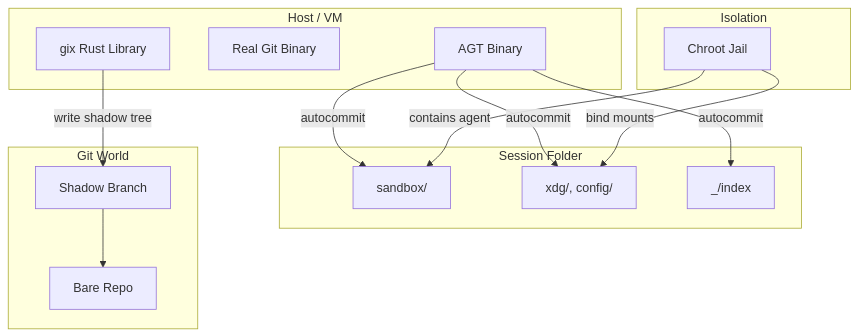
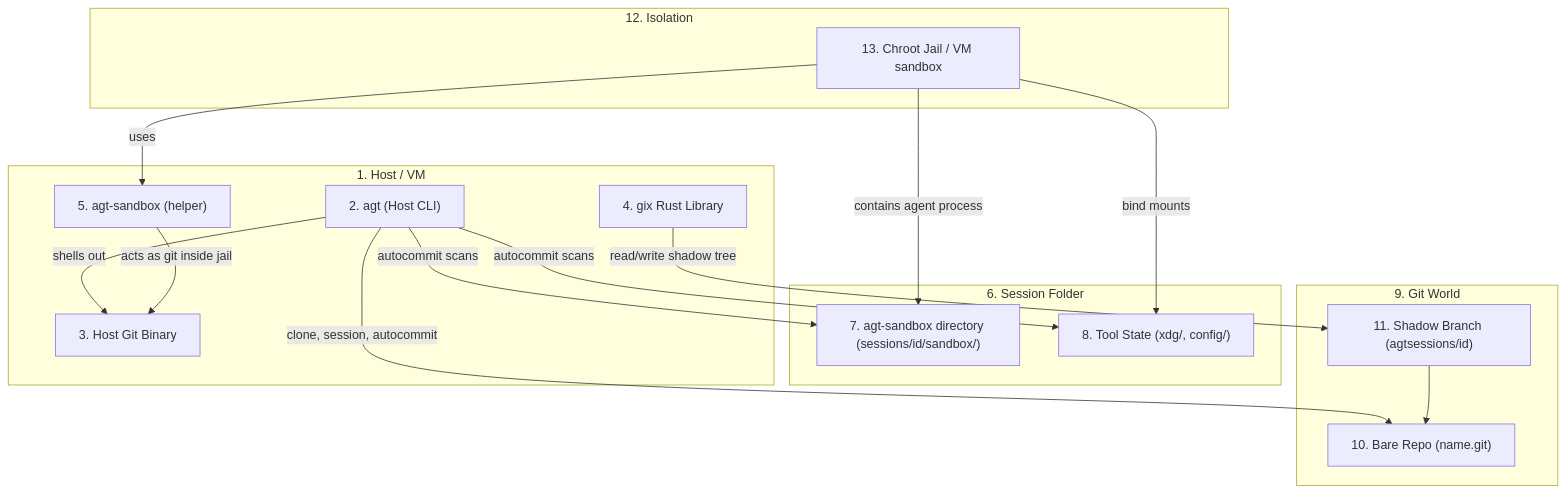
The first of 2 diagrams in DESIGN_20260104.md (simbo1905/agt), drawn with Mermaid before and after one commit. The commit also changed other lines of this file and 1 other file, not shown here.

````diff
--- a/DESIGN_20260104.md
+++ b/DESIGN_20260104.md
@@ -153,32 +161,36 @@
 ```mermaid
 flowchart TB
-    subgraph "Host / VM"
-        CLI[AGT Binary]
-        Git[Real Git Binary]
-        Gix[gix Rust Library]
+    subgraph HostVM[1. Host / VM]
+        A1["2. agt (Host CLI)"]
+        A2["3. Host Git Binary"]
+        A3["4. gix Rust Library"]
+        A4["5. agt-sandbox (helper)"]
     end
-    
-    subgraph "Session Folder"
-        Sandbox[sandbox/]
-        State[xdg/, config/]
-        Meta[_/index]
+
+    subgraph SessionFolder[6. Session Folder]
+        B1["7. agt-sandbox directory (sessions/id/sandbox/)"]
+        B2["8. Tool State (xdg/, config/)"]
     end
-    
-    subgraph "Git World"
-        BareRepo[Bare Repo]
-        ShadowBranch[Shadow Branch]
+
+    subgraph GitWorld[9. Git World]
+        C1["10. Bare Repo (name.git)"]
+        C2["11. Shadow Branch (agtsessions/id)"]
     end
-    
-    subgraph "Isolation"
-        Jail[Chroot Jail]
+
+    subgraph Isolation[12. Isolation]
+        D1["13. Chroot Jail / VM sandbox"]
     end
-    
-    CLI -- "autocommit" --> Sandbox
-    CLI -- "autocommit" --> State
-    CLI -- "autocommit" --> Meta
-    Gix -- "write shadow tree" --> ShadowBranch
-    ShadowBranch --> BareRepo
-    
-    Jail -- "contains agent" --> Sandbox
-    Jail -- "bind mounts" --> State
+
+    A1 -- "clone, session, autocommit" --> C1
+    A1 -- "autocommit scans" --> B1
+    A1 -- "autocommit scans" --> B2
+    A3 -- "read/write shadow tree" --> C2
+    C2 --> C1
+
+    A1 -- "shells out" --> A2
+    D1 -- "contains agent process" --> B1
+    D1 -- "bind mounts" --> B2
+
+    A4 -- "acts as git inside jail" --> A2
+    D1 -- "uses" --> A4
 ```
````
